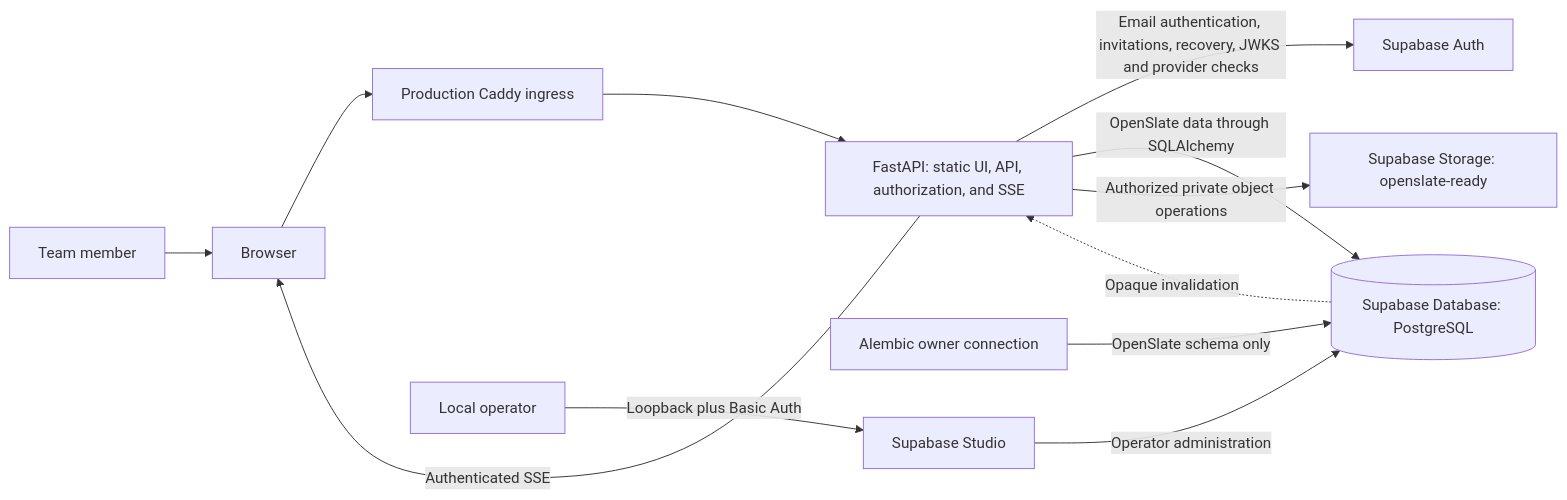
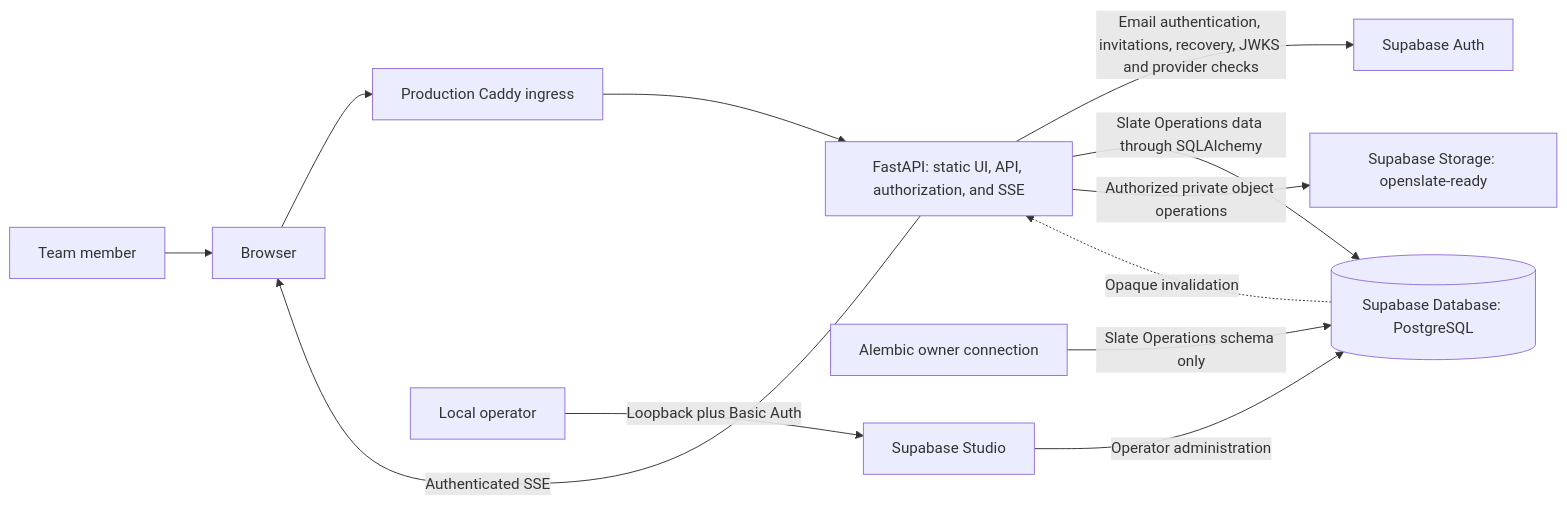
Before and after one commit to jayeuse/openslate: the diagram in docs/architecture/02-system-context.md, drawn with Mermaid. The commit also changed other lines of this file and 152 other files, not shown here.

First line of the commit message:
Rebrand visible name to Slate Operations

````diff
--- a/docs/architecture/02-system-context.md
+++ b/docs/architecture/02-system-context.md
@@ -8,14 +8,14 @@
 ```mermaid
 flowchart LR
   User[Team member] --> Browser[Browser]
   Browser --> Caddy[Production Caddy ingress]
   Caddy --> API[FastAPI: static UI, API, authorization, and SSE]
   API -->|Email authentication, invitations, recovery, JWKS and provider checks| Auth[Supabase Auth]
-  API -->|OpenSlate data through SQLAlchemy| DB[(Supabase Database: PostgreSQL)]
-  Alembic[Alembic owner connection] -->|OpenSlate schema only| DB
+  API -->|Slate Operations data through SQLAlchemy| DB[(Supabase Database: PostgreSQL)]
+  Alembic[Alembic owner connection] -->|Slate Operations schema only| DB
   API -->|Authorized private object operations| Storage[Supabase Storage: openslate-ready]
   DB -. Opaque invalidation .-> API
   API -->|Authenticated SSE| Browser
   Operator[Local operator] -->|Loopback plus Basic Auth| Studio[Supabase Studio]
   Studio -->|Operator administration| DB
 ```
````
